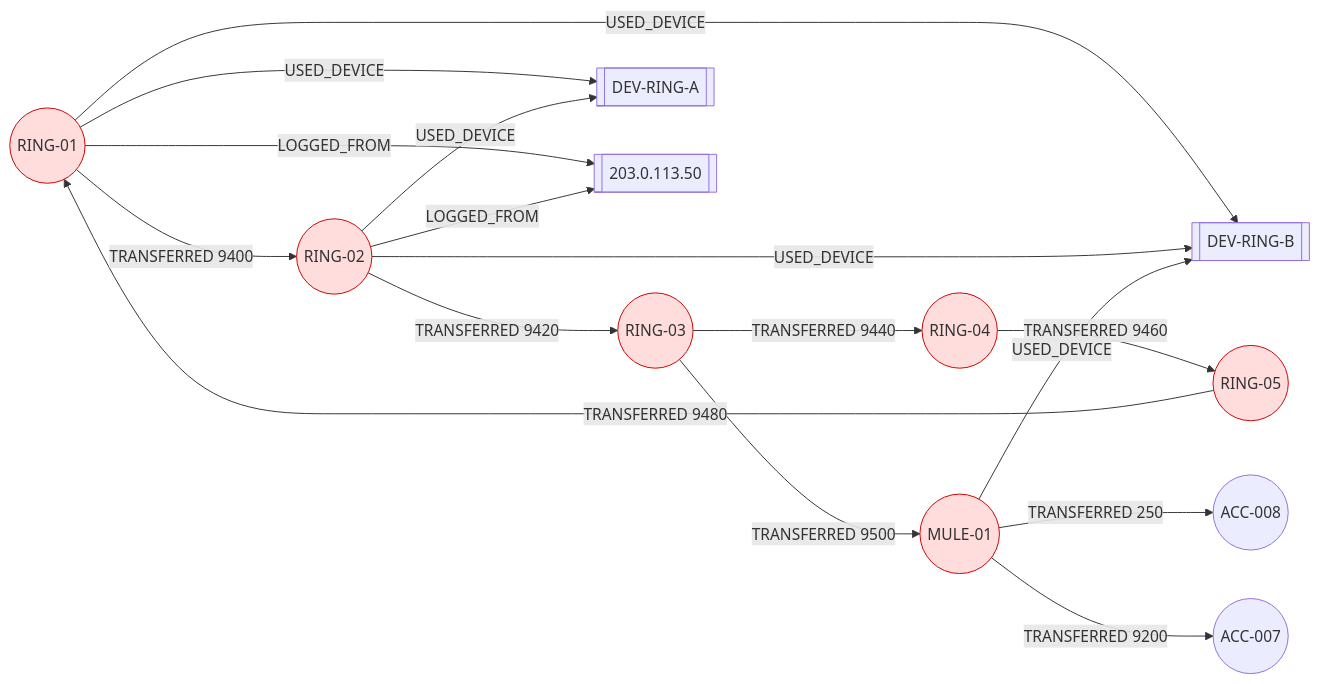
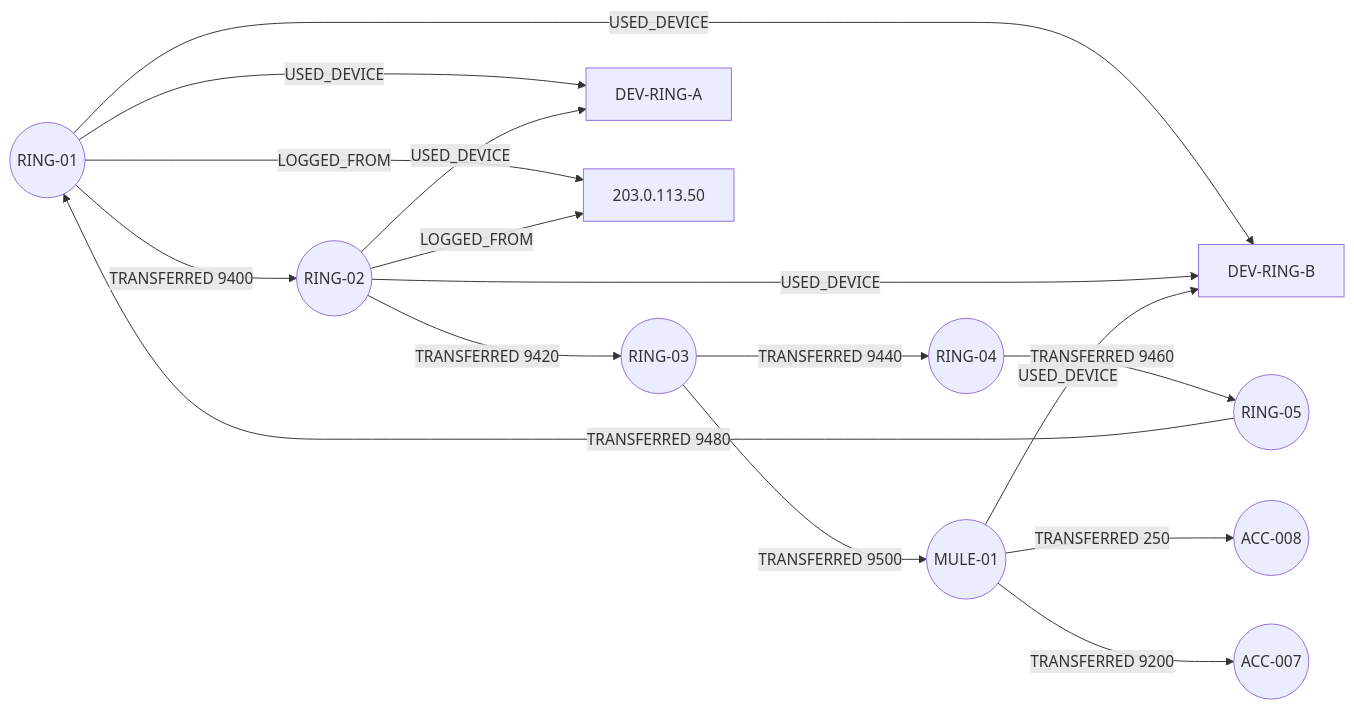
One commit to HaCkEr-DoG/fraud-investigator changed the diagram in README.md. Above: the diagram before and after it, drawn with Mermaid.

Commit message:
Fix mermaid diagram label syntax for GitHub rendering

````diff
--- a/README.md
+++ b/README.md
@@ -35,20 +35,18 @@
 ```mermaid
 graph LR
-  R1((RING-01)) -- TRANSFERRED 9400 --> R2((RING-02))
-  R2 -- TRANSFERRED 9420 --> R3((RING-03))
-  R3 -- TRANSFERRED 9440 --> R4((RING-04))
-  R4 -- TRANSFERRED 9460 --> R5((RING-05))
-  R5 -- TRANSFERRED 9480 --> R1
-  R3 -- TRANSFERRED 9500 --> M((MULE-01))
-  M -- TRANSFERRED 9200 --> A7((ACC-007))
-  M -- TRANSFERRED 250 --> A8((ACC-008))
-  R1 -- USED_DEVICE --> DA[[DEV-RING-A]]
-  R1 -- USED_DEVICE --> DB[[DEV-RING-B]]
-  R2 -- USED_DEVICE --> DA
-  R2 -- USED_DEVICE --> DB
-  M -- USED_DEVICE --> DB
-  R1 -- LOGGED_FROM --> IP[[203.0.113.50]]
-  R2 -- LOGGED_FROM --> IP
-  classDef ring fill:#fdd,stroke:#c00;
-  class R1,R2,R3,R4,R5,M ring;
+  R1((RING-01)) -->|TRANSFERRED 9400| R2((RING-02))
+  R2 -->|TRANSFERRED 9420| R3((RING-03))
+  R3 -->|TRANSFERRED 9440| R4((RING-04))
+  R4 -->|TRANSFERRED 9460| R5((RING-05))
+  R5 -->|TRANSFERRED 9480| R1
+  R3 -->|TRANSFERRED 9500| M((MULE-01))
+  M -->|TRANSFERRED 9200| A7((ACC-007))
+  M -->|TRANSFERRED 250| A8((ACC-008))
+  R1 -->|USED_DEVICE| DA[DEV-RING-A]
+  R1 -->|USED_DEVICE| DB[DEV-RING-B]
+  R2 -->|USED_DEVICE| DA
+  R2 -->|USED_DEVICE| DB
+  M -->|USED_DEVICE| DB
+  R1 -->|LOGGED_FROM| IP[203.0.113.50]
+  R2 -->|LOGGED_FROM| IP
 ```
````
